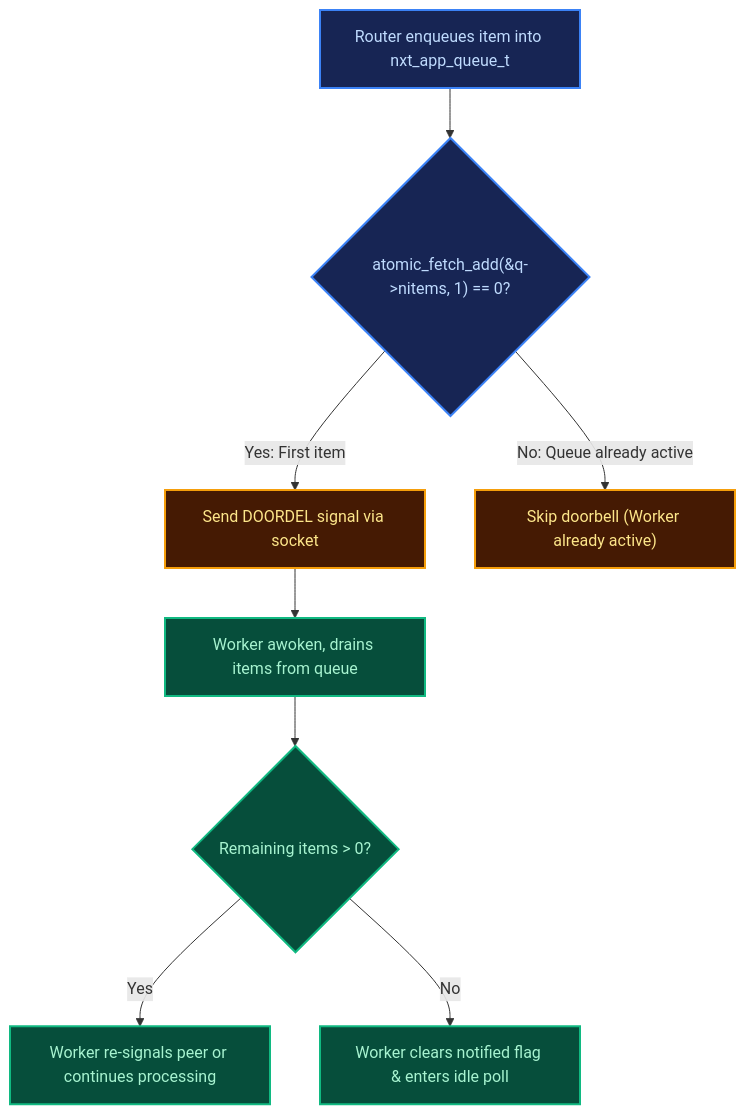
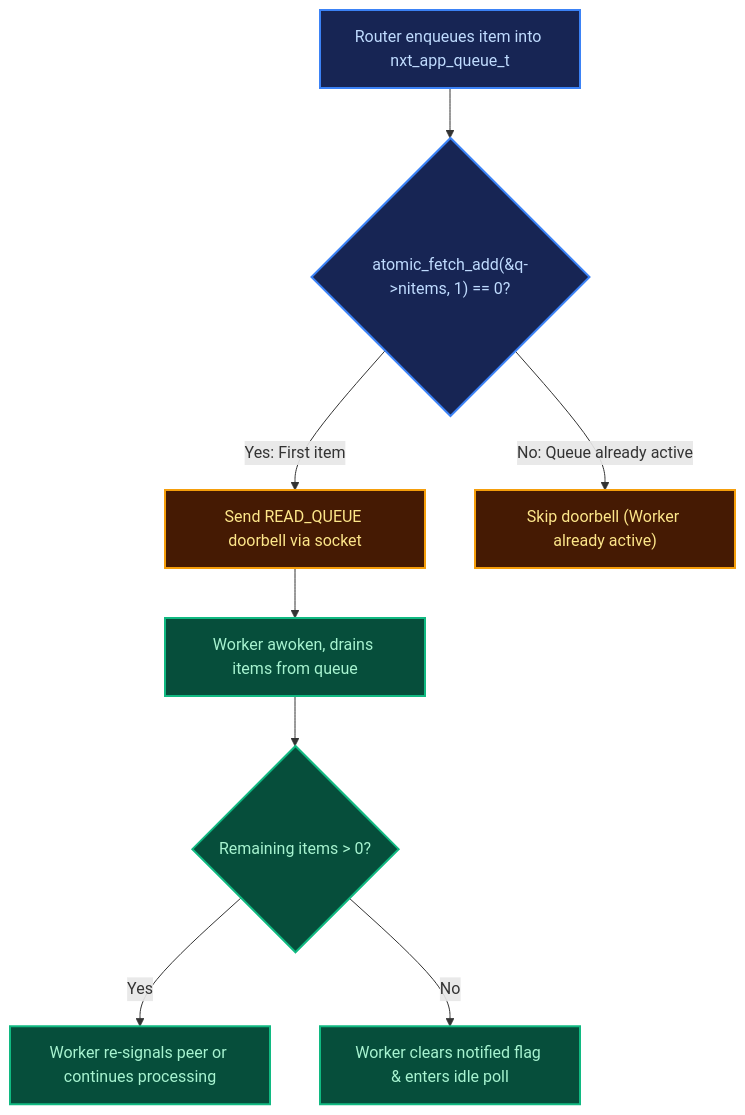
The first of 3 diagrams in docs/benchmarks/optimizations.md (andypost/freeunit-model), drawn with Mermaid before and after one commit. The commit also changed other lines of this file and 36 other files, not shown here.

````diff
--- a/docs/benchmarks/optimizations.md
+++ b/docs/benchmarks/optimizations.md
@@ -20,26 +26,26 @@
 ```mermaid
 flowchart TD
     Enqueue["Router enqueues item into nxt_app_queue_t"]
     AtomicCheck{"atomic_fetch_add(&q->nitems, 1) == 0?"}
-    SendDoorbell["Send DOORDEL signal via socket"]
+    SendDoorbell["Send READ_QUEUE doorbell via socket"]
     SkipDoorbell["Skip doorbell (Worker already active)"]
     WorkerAwake["Worker awoken, drains items from queue"]
     CheckDepth{"Remaining items > 0?"}
     BatonPass["Worker re-signals peer or continues processing"]
     WorkerIdle["Worker clears notified flag & enters idle poll"]
 
     Enqueue --> AtomicCheck
     AtomicCheck -->|Yes: First item| SendDoorbell
     AtomicCheck -->|No: Queue already active| SkipDoorbell
     SendDoorbell --> WorkerAwake
     WorkerAwake --> CheckDepth
     CheckDepth -->|Yes| BatonPass
     CheckDepth -->|No| WorkerIdle
 
     classDef blue fill:#172554,stroke:#3b82f6,stroke-width:2px,color:#bfdbfe;
     classDef yellow fill:#451a03,stroke:#f59e0b,stroke-width:2px,color:#fde68a;
     classDef green fill:#064e3b,stroke:#10b981,stroke-width:2px,color:#a7f3d0;
     class Enqueue,AtomicCheck blue;
     class SendDoorbell,SkipDoorbell yellow;
     class WorkerAwake,CheckDepth,BatonPass,WorkerIdle green;
 ```
````
